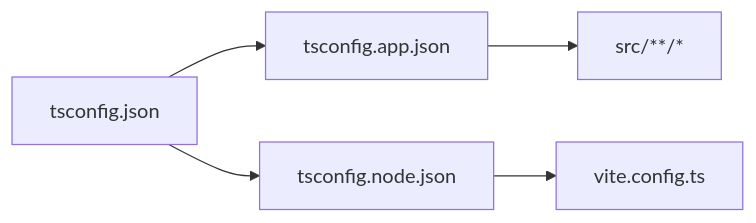
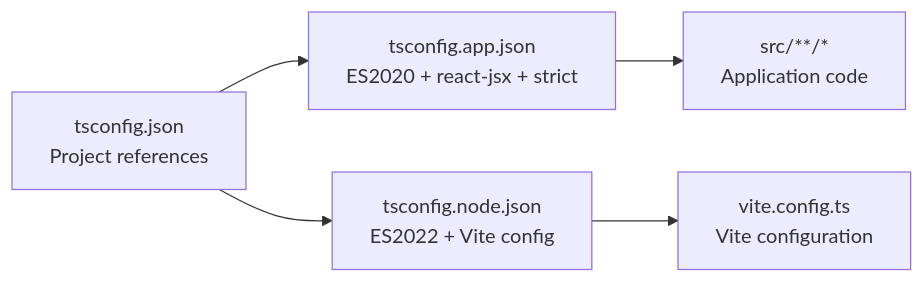
The third of 8 diagrams in .qoder/repowiki/en/content/Build and Development.md (Anna0314zy/ai_editor_enginer), drawn with Mermaid before and after one commit. The commit also changed other lines of this file and 41 other files, not shown here.

````diff
--- a/.qoder/repowiki/en/content/Build and Development.md
+++ b/.qoder/repowiki/en/content/Build and Development.md
@@ -209,7 +142,7 @@
 ```mermaid
 graph LR
-Root["tsconfig.json"] --> App["tsconfig.app.json"]
-Root --> NodeCfg["tsconfig.node.json"]
-App --> Src["src/**/*"]
-NodeCfg --> ViteCfg["vite.config.ts"]
+Root["tsconfig.json<br/>Project references"] --> App["tsconfig.app.json<br/>ES2020 + react-jsx + strict"]
+Root --> NodeCfg["tsconfig.node.json<br/>ES2022 + Vite config"]
+App --> Src["src/**/*<br/>Application code"]
+NodeCfg --> ViteCfg["vite.config.ts<br/>Vite configuration"]
 ```
````
